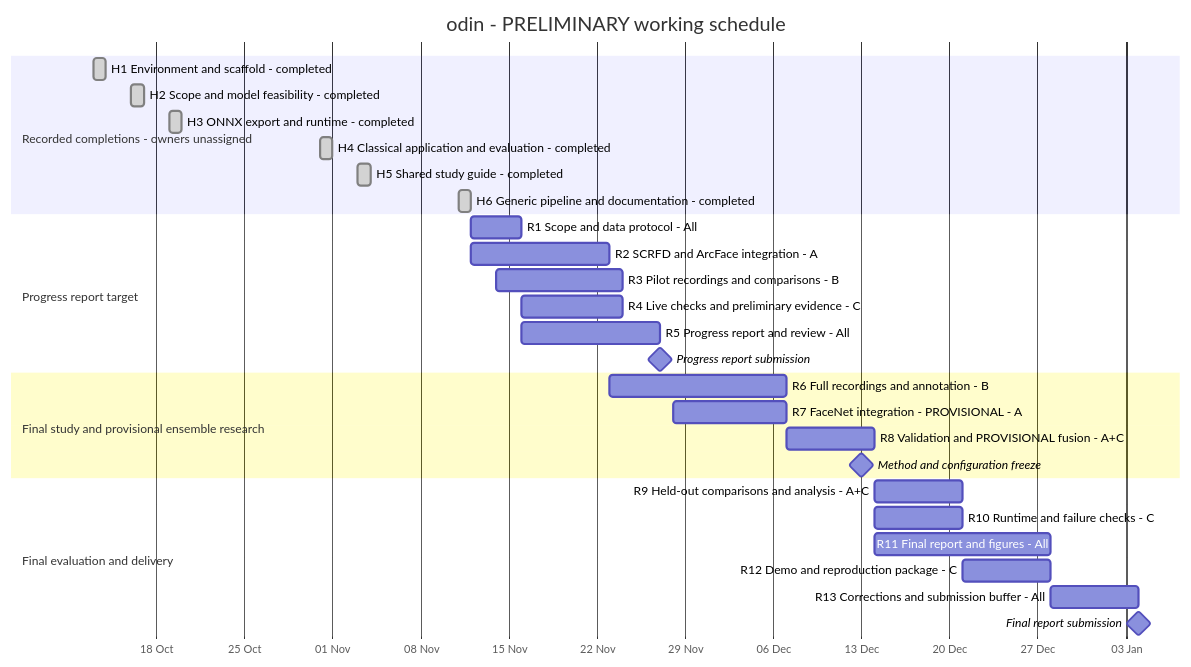
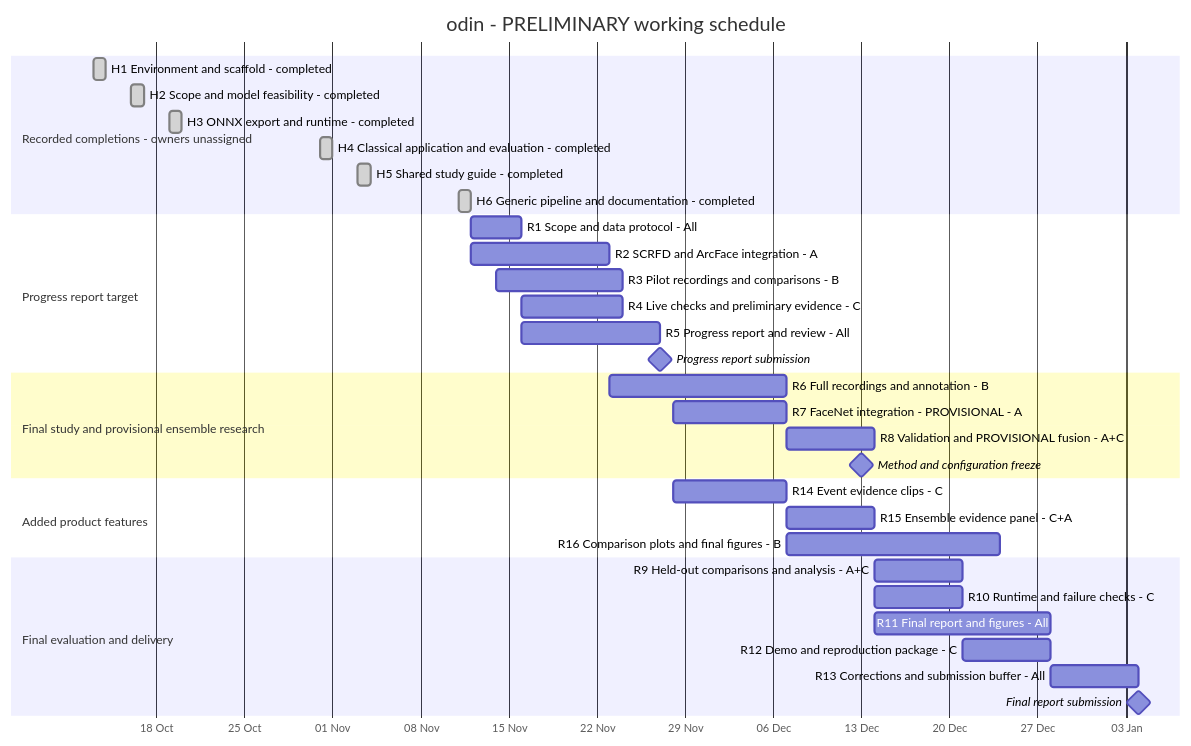
The diagram in docs/SCOPE_AND_SCHEDULE.md (Deniz1923/odin), drawn with Mermaid before and after one commit. The commit also changed other lines of this file and 6 other files, not shown here.

````diff
--- a/docs/SCOPE_AND_SCHEDULE.md
+++ b/docs/SCOPE_AND_SCHEDULE.md
@@ -172,33 +213,37 @@
 ```mermaid
 gantt
     title odin - PRELIMINARY working schedule
     dateFormat YYYY-MM-DD
     axisFormat %d %b
     todayMarker off
     section Recorded completions - owners unassigned
     H1 Environment and scaffold - completed :done, h1, 2026-10-13, 1d
     H2 Scope and model feasibility - completed :done, h2, 2026-10-16, 1d
     H3 ONNX export and runtime - completed :done, h3, 2026-10-19, 1d
     H4 Classical application and evaluation - completed :done, h4, 2026-10-31, 1d
     H5 Shared study guide - completed :done, h5, 2026-11-03, 1d
     H6 Generic pipeline and documentation - completed :done, h6, 2026-11-11, 1d
     section Progress report target
     R1 Scope and data protocol - All :r1, 2026-11-12, 4d
     R2 SCRFD and ArcFace integration - A :r2, 2026-11-12, 11d
     R3 Pilot recordings and comparisons - B :r3, 2026-11-14, 10d
     R4 Live checks and preliminary evidence - C :r4, 2026-11-16, 8d
     R5 Progress report and review - All :r5, 2026-11-16, 11d
     Progress report submission :milestone, m1, 2026-11-27, 0d
     section Final study and provisional ensemble research
     R6 Full recordings and annotation - B :r6, 2026-11-23, 14d
     R7 FaceNet integration - PROVISIONAL - A :r7, 2026-11-28, 9d
     R8 Validation and PROVISIONAL fusion - A+C :r8, 2026-12-07, 7d
     Method and configuration freeze :milestone, m2, 2026-12-13, 0d
+    section Added product features
+    R14 Event evidence clips - C :r14, 2026-11-28, 9d
+    R15 Ensemble evidence panel - C+A :r15, 2026-12-07, 7d
+    R16 Comparison plots and final figures - B :r16, 2026-12-07, 17d
     section Final evaluation and delivery
     R9 Held-out comparisons and analysis - A+C :r9, 2026-12-14, 7d
     R10 Runtime and failure checks - C :r10, 2026-12-14, 7d
     R11 Final report and figures - All :r11, 2026-12-14, 14d
     R12 Demo and reproduction package - C :r12, 2026-12-21, 7d
     R13 Corrections and submission buffer - All :r13, 2026-12-28, 7d
     Final report submission :milestone, m3, 2027-01-04, 0d
 ```
````
